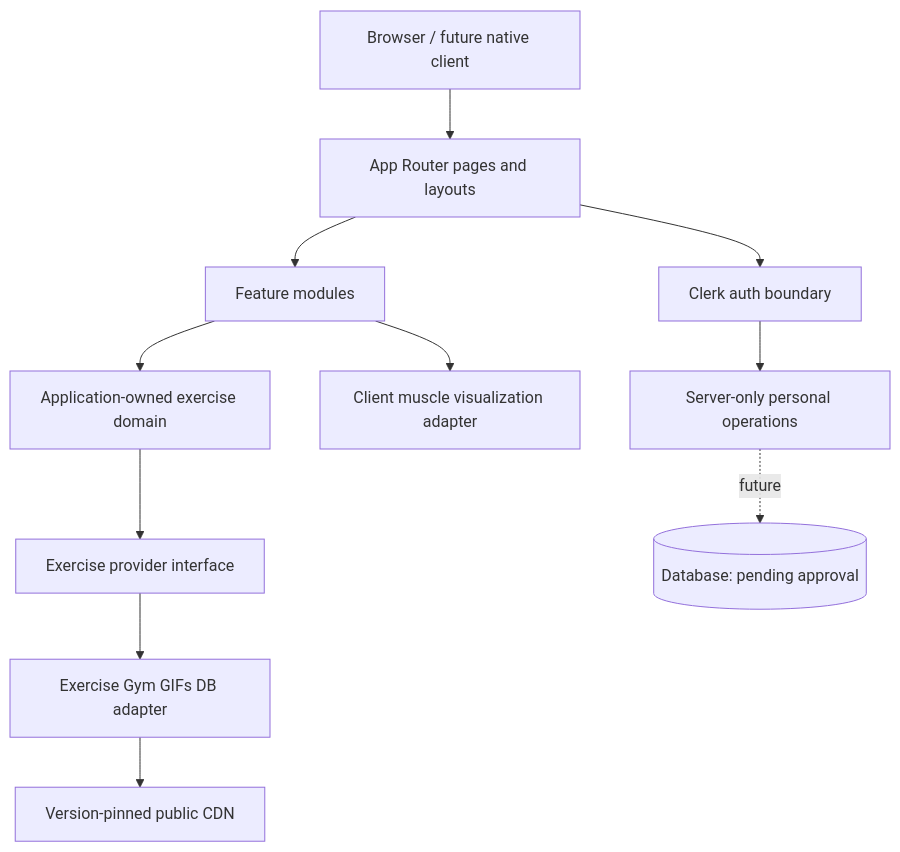
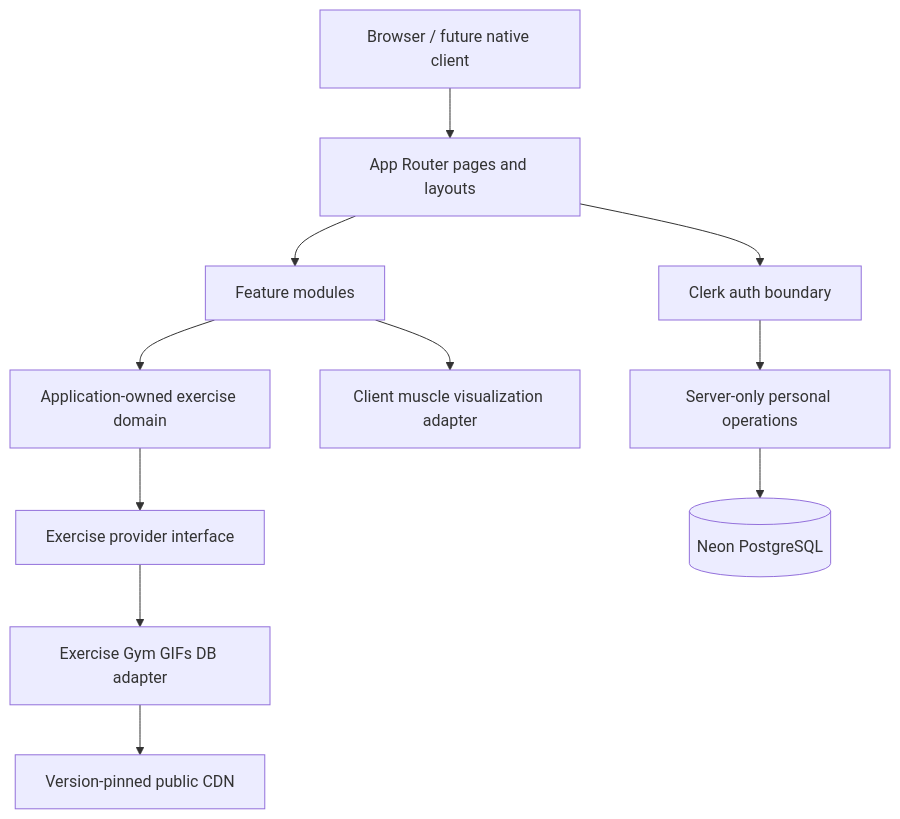
One commit to kajugadaniels/exercise changed the diagram in .agents/architecture.md. Above: the diagram before and after it, drawn with Mermaid. The commit also changed other lines of this file, not shown here.

Commit message:
(docs): record prisma neon architecture

````diff
--- a/.agents/architecture.md
+++ b/.agents/architecture.md
@@ -28,13 +28,13 @@
 ```mermaid
 flowchart TD
   U[Browser / future native client] --> R[App Router pages and layouts]
   R --> F[Feature modules]
   F --> D[Application-owned exercise domain]
   D --> P[Exercise provider interface]
   P --> G[Exercise Gym GIFs DB adapter]
   G --> C[Version-pinned public CDN]
   F --> M[Client muscle visualization adapter]
   R --> A[Clerk auth boundary]
   A --> S[Server-only personal operations]
-  S -. future .-> DB[(Database: pending approval)]
+  S --> DB[(Neon PostgreSQL)]
 ```
````
